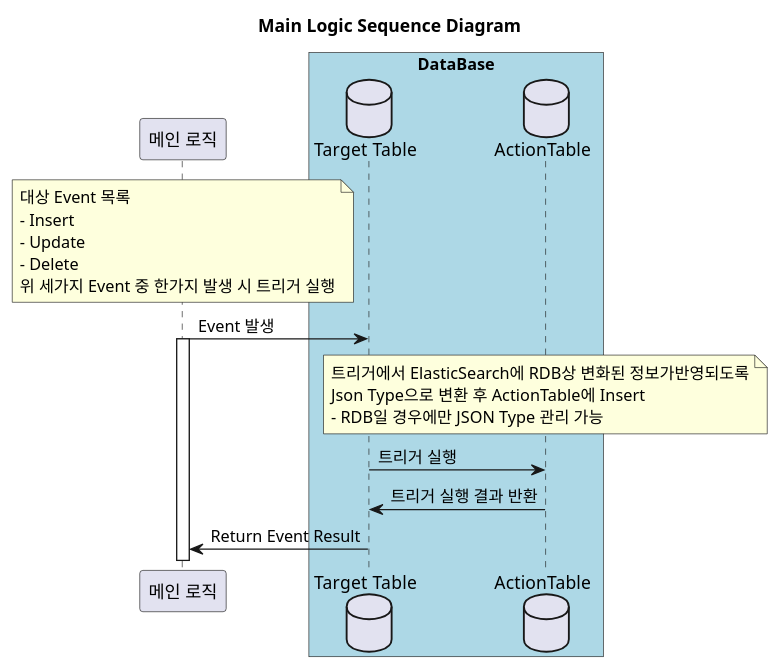
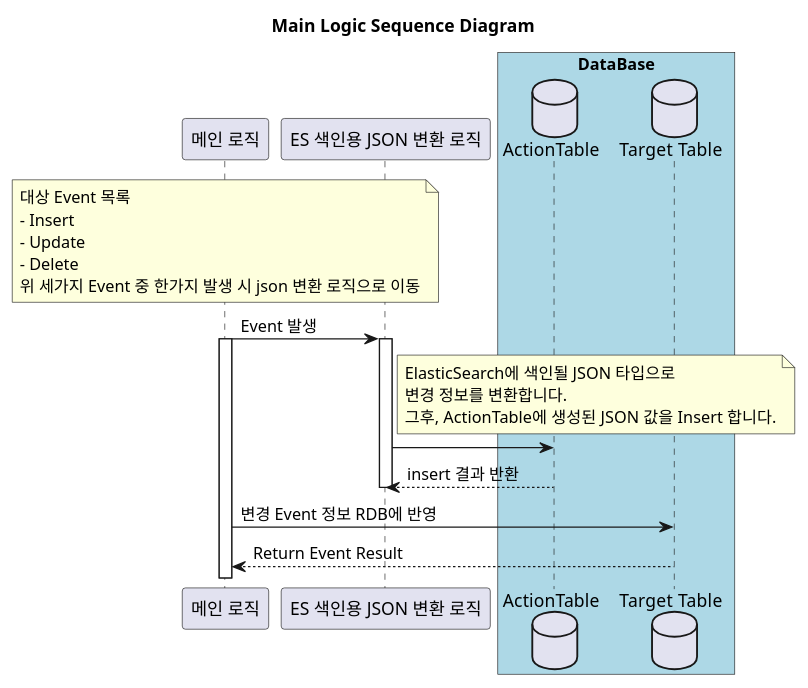
Before and after one commit to jjsair0412/My_Treasure_Box: the diagram in working_History/BackEnd_Spring/searchFunctionTest/eventIndexInitBatch/mainLogicDiagram.puml, drawn with PlantUML. The commit also changed 4 other files, not shown here.

```diff
--- a/working_History/BackEnd_Spring/searchFunctionTest/eventIndexInitBatch/mainLogicDiagram.puml
+++ b/working_History/BackEnd_Spring/searchFunctionTest/eventIndexInitBatch/mainLogicDiagram.puml
@@ -1,36 +1,39 @@
 @startuml
 
 title Main Logic Sequence Diagram
 
 participant "메인 로직" as mainLogic
 
+participant "ES 색인용 JSON 변환 로직" as jsonLogic
+
 box "DataBase" #LightBlue
+    database "ActionTable" as ActionTable
     database "Target Table" as TargetTable
-    database "ActionTable" as ActionTable
 end box
 
 note over mainLogic
     대상 Event 목록
     - Insert
     - Update
     - Delete
-    위 세가지 Event 중 한가지 발생 시 트리거 실행
+    위 세가지 Event 중 한가지 발생 시 json 변환 로직으로 이동
 end note
 
-mainLogic->TargetTable: Event 발생
+mainLogic->jsonLogic: Event 발생
 activate mainLogic
 
-note over ActionTable
-    트리거에서 ElasticSearch에 RDB상 변화된 정보가반영되도록
-    Json Type으로 변환 후 ActionTable에 Insert
-    - RDB일 경우에만 JSON Type 관리 가능
-end note
-TargetTable->ActionTable: 트리거 실행
-ActionTable->TargetTable: 트리거 실행 결과 반환
+activate jsonLogic
+note right jsonLogic: ElasticSearch에 색인될 JSON 타입으로\n변경 정보를 변환합니다.\n그후, ActionTable에 생성된 JSON 값을 Insert 합니다.
+jsonLogic->ActionTable
 
-TargetTable->mainLogic: Return Event Result
+ActionTable-->jsonLogic: insert 결과 반환
+deactivate
+
+mainLogic->TargetTable: 변경 Event 정보 RDB에 반영
+
+TargetTable-->mainLogic: Return Event Result
 
 
 
 
 @enduml
```
